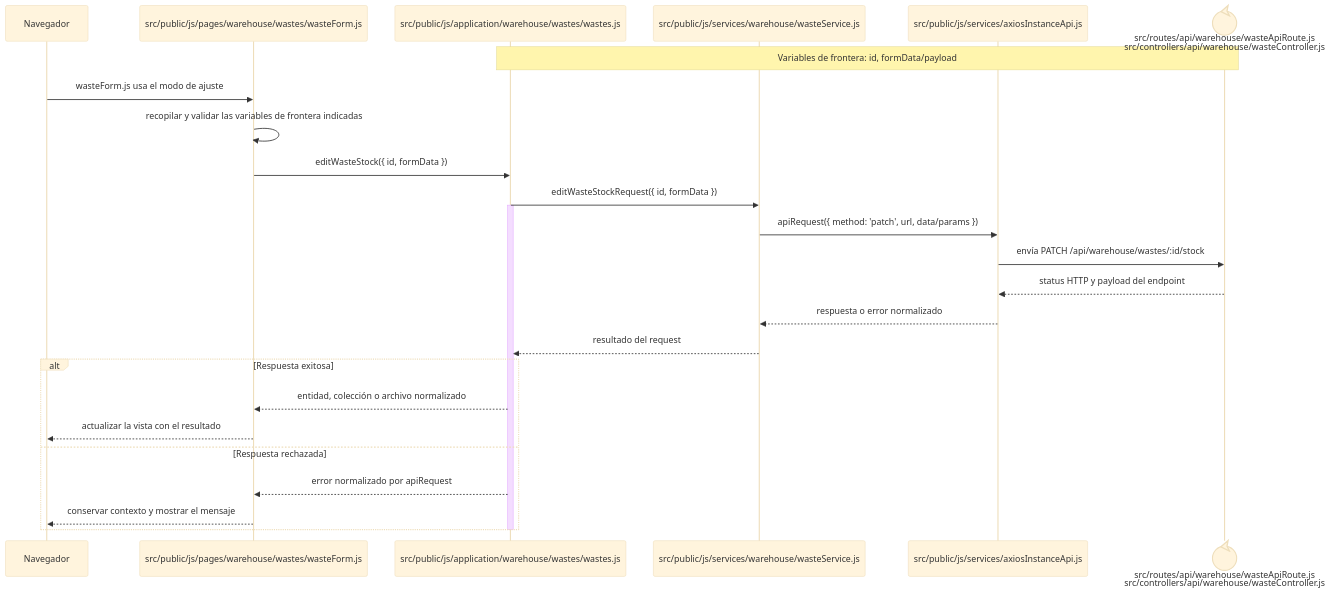
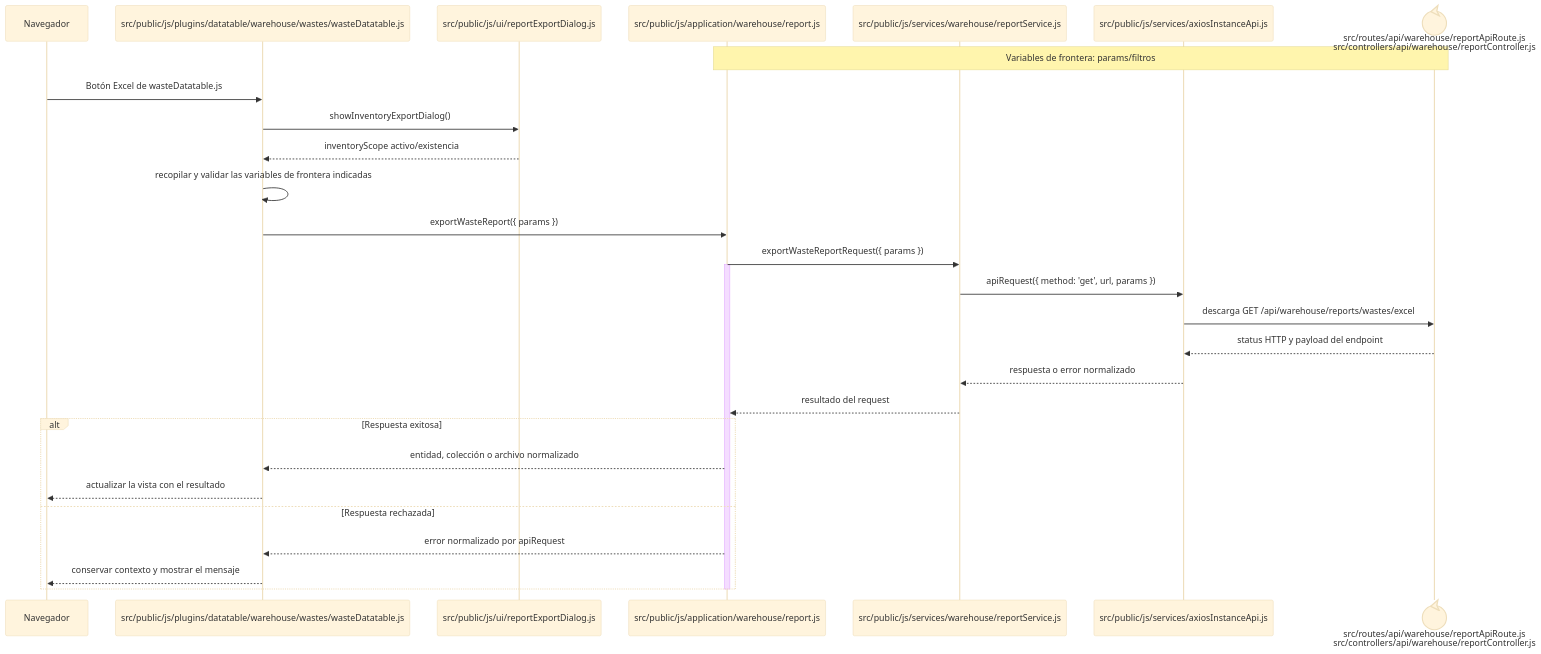
One commit to gpgsistemas01/nexus changed the diagram in docs/architecture/frontend-code-sequences/catalogs/cu-cat-22.md. Above: the diagram before and after it, drawn with Mermaid (base theme). The commit also changed other lines of this file and 207 other files, not shown here.

````diff
--- a/docs/architecture/frontend-code-sequences/catalogs/cu-cat-22.md
+++ b/docs/architecture/frontend-code-sequences/catalogs/cu-cat-22.md
@@ -6,29 +6,32 @@
 ```mermaid
 sequenceDiagram
     participant Browser as Navegador
-    participant View as src/public/js/pages/warehouse/wastes/wasteForm.js
-    participant Application as src/public/js/application/warehouse/wastes/wastes.js
-    participant Request as src/public/js/services/warehouse/wasteService.js
+    participant View as src/public/js/plugins/datatable/warehouse/wastes/wasteDatatable.js
+    participant Dialog as src/public/js/ui/reportExportDialog.js
+    participant Application as src/public/js/application/warehouse/report.js
+    participant Request as src/public/js/services/warehouse/reportService.js
     participant HTTP as src/public/js/services/axiosInstanceApi.js
-    participant Transport@{ "type": "control" } as src/routes/api/warehouse/wasteApiRoute.js<br/>src/controllers/api/warehouse/wasteController.js
-    Note over Application,Transport: Variables de frontera: id, formData/payload
+    participant Transport@{ "type": "control" } as src/routes/api/warehouse/reportApiRoute.js<br/>src/controllers/api/warehouse/reportController.js
+    Note over Application,Transport: Variables de frontera: params/filtros
 
-    Browser->>View: wasteForm.js usa el modo de ajuste
+    Browser->>View: Botón Excel de wasteDatatable.js
+    View->>Dialog: showInventoryExportDialog()
+    Dialog-->>View: inventoryScope activo/existencia
     View->>View: recopilar y validar las variables de frontera indicadas
-    View->>Application: editWasteStock({ id, formData })
-    Application->>Request: editWasteStockRequest({ id, formData })
+    View->>Application: exportWasteReport({ params })
+    Application->>Request: exportWasteReportRequest({ params })
     activate Application
-    Request->>HTTP: apiRequest({ method: 'patch', url, data/params })
-    HTTP->>Transport: envía PATCH /api/warehouse/wastes/:id/stock
+    Request->>HTTP: apiRequest({ method: 'get', url, params })
+    HTTP->>Transport: descarga GET /api/warehouse/reports/wastes/excel
     Transport-->>HTTP: status HTTP y payload del endpoint
     HTTP-->>Request: respuesta o error normalizado
     Request-->>Application: resultado del request
     alt Respuesta exitosa
         Application-->>View: entidad, colección o archivo normalizado
         View-->>Browser: actualizar la vista con el resultado
     else Respuesta rechazada
         Application-->>View: error normalizado por apiRequest
         View-->>Browser: conservar contexto y mostrar el mensaje
     end
     deactivate Application
 ```
````
